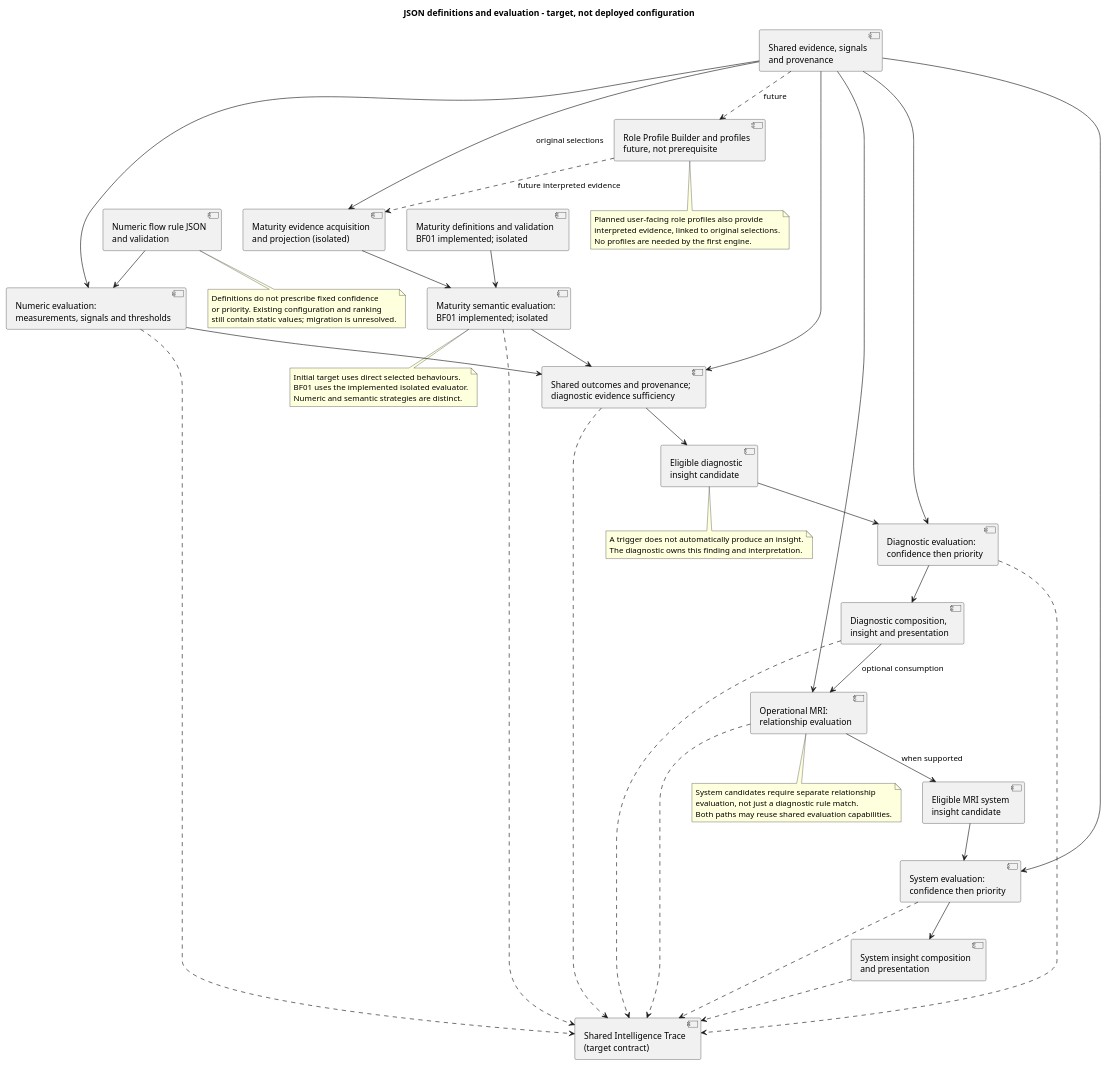
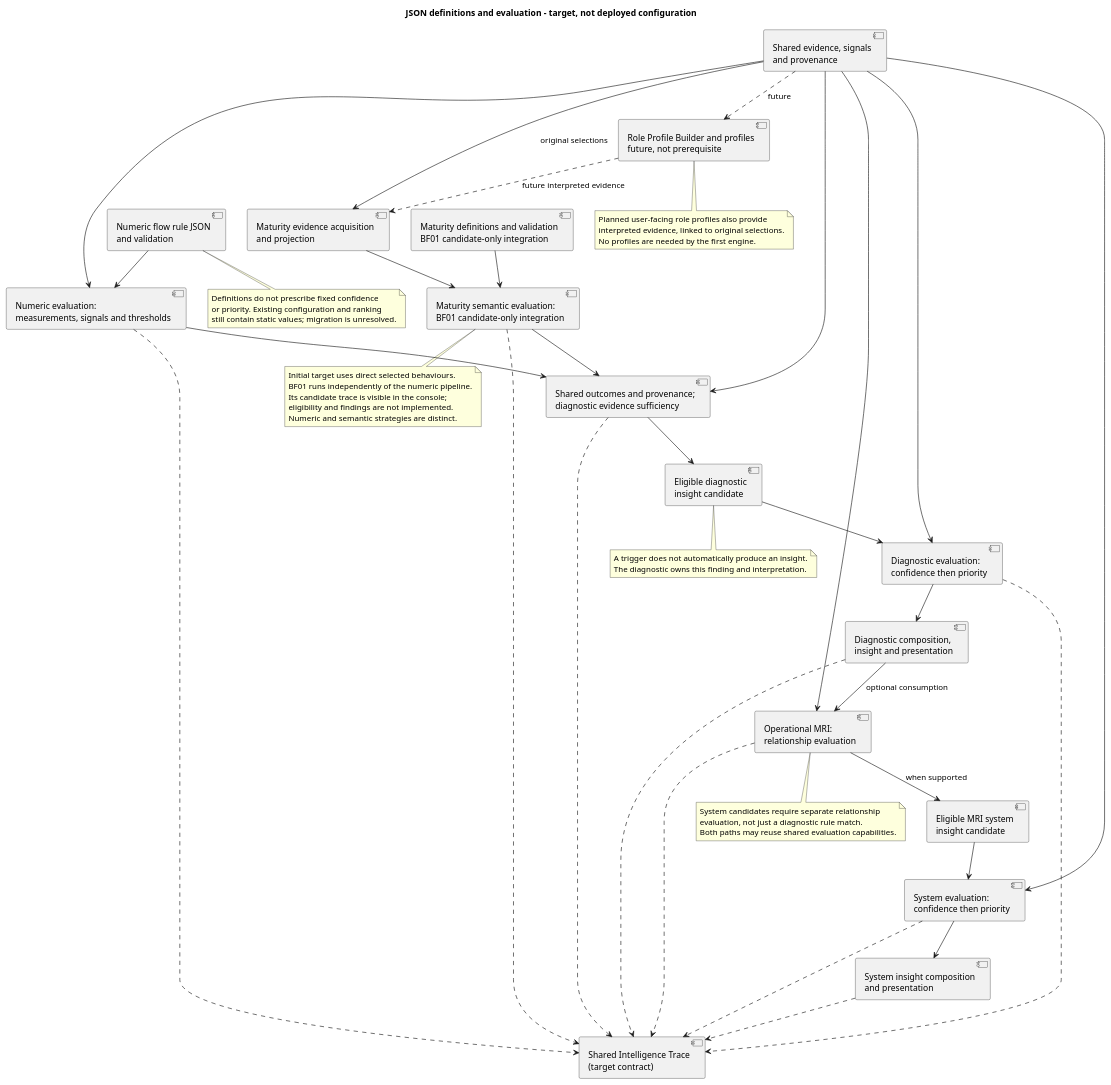
The diagram in OperationalIntelligenceHub/docs/architecture/json_rule_engine_architecture.puml (Dowlingfuau/Empowered-Delivery), drawn with PlantUML before and after one commit. The commit also changed 18 other files, not shown here.

Commit message:
Implemented the approved candidate-only BF01 integration. Saved assessments now produce an in-memory semantic trace in the Diagnostics Console. No diagnostic finding, eligibility policy, or narrative was added; the numeric pipeline remains unchanged.

```diff
--- a/OperationalIntelligenceHub/docs/architecture/json_rule_engine_architecture.puml
+++ b/OperationalIntelligenceHub/docs/architecture/json_rule_engine_architecture.puml
@@ -1,71 +1,73 @@
 @startuml
 title JSON definitions and evaluation - target, not deployed configuration
 component "Numeric flow rule JSON\nand validation" as numericRules
-component "Maturity definitions and validation\nBF01 implemented; isolated" as semanticRules
+component "Maturity definitions and validation\nBF01 candidate-only integration" as semanticRules
 component "Shared evidence, signals\nand provenance" as evidence
 component "Numeric evaluation:\nmeasurements, signals and thresholds" as numeric
-component "Maturity evidence acquisition\nand projection (isolated)" as projection
-component "Maturity semantic evaluation:\nBF01 implemented; isolated" as semantic
+component "Maturity evidence acquisition\nand projection" as projection
+component "Maturity semantic evaluation:\nBF01 candidate-only integration" as semantic
 component "Role Profile Builder and profiles\nfuture, not prerequisite" as profiles
 component "Shared outcomes and provenance;\ndiagnostic evidence sufficiency" as outcomes
 component "Eligible diagnostic\ninsight candidate" as diagnosticCandidate
 component "Diagnostic evaluation:\nconfidence then priority" as diagnosticEvaluation
 component "Diagnostic composition,\ninsight and presentation" as diagnosticInsight
 component "Operational MRI:\nrelationship evaluation" as mri
 component "Eligible MRI system\ninsight candidate" as mriCandidate
 component "System evaluation:\nconfidence then priority" as systemEvaluation
 component "System insight composition\nand presentation" as systemInsight
 component "Shared Intelligence Trace\n(target contract)" as trace
 numericRules --> numeric
 semanticRules --> semantic
 evidence --> numeric
 evidence --> projection : original selections
 evidence ..> profiles : future
 profiles ..> projection : future interpreted evidence
 projection --> semantic
 numeric --> outcomes
 semantic --> outcomes
 evidence --> outcomes
 outcomes --> diagnosticCandidate
 diagnosticCandidate --> diagnosticEvaluation
 evidence --> diagnosticEvaluation
 diagnosticEvaluation --> diagnosticInsight
 diagnosticInsight --> mri : optional consumption
 evidence --> mri
 mri --> mriCandidate : when supported
 mriCandidate --> systemEvaluation
 evidence --> systemEvaluation
 systemEvaluation --> systemInsight
 numeric ..> trace
 semantic ..> trace
 outcomes ..> trace
 diagnosticEvaluation ..> trace
 diagnosticInsight ..> trace
 mri ..> trace
 systemEvaluation ..> trace
 systemInsight ..> trace
 note bottom of numericRules
   Definitions do not prescribe fixed confidence
   or priority. Existing configuration and ranking
   still contain static values; migration is unresolved.
 end note
 note bottom of semantic
   Initial target uses direct selected behaviours.
-  BF01 uses the implemented isolated evaluator.
+  BF01 runs independently of the numeric pipeline.
+  Its candidate trace is visible in the console;
+  eligibility and findings are not implemented.
   Numeric and semantic strategies are distinct.
 end note
 note bottom of profiles
   Planned user-facing role profiles also provide
   interpreted evidence, linked to original selections.
   No profiles are needed by the first engine.
 end note
 note bottom of diagnosticCandidate
   A trigger does not automatically produce an insight.
   The diagnostic owns this finding and interpretation.
 end note
 note bottom of mri
   System candidates require separate relationship
   evaluation, not just a diagnostic rule match.
   Both paths may reuse shared evaluation capabilities.
 end note
 @enduml
```
